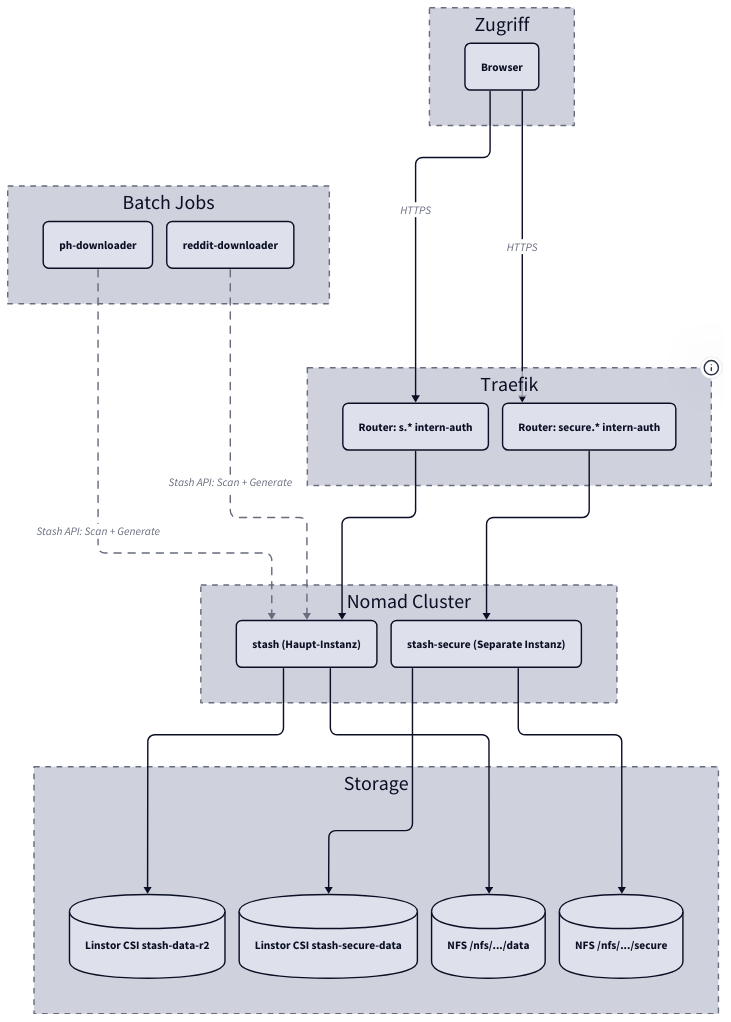
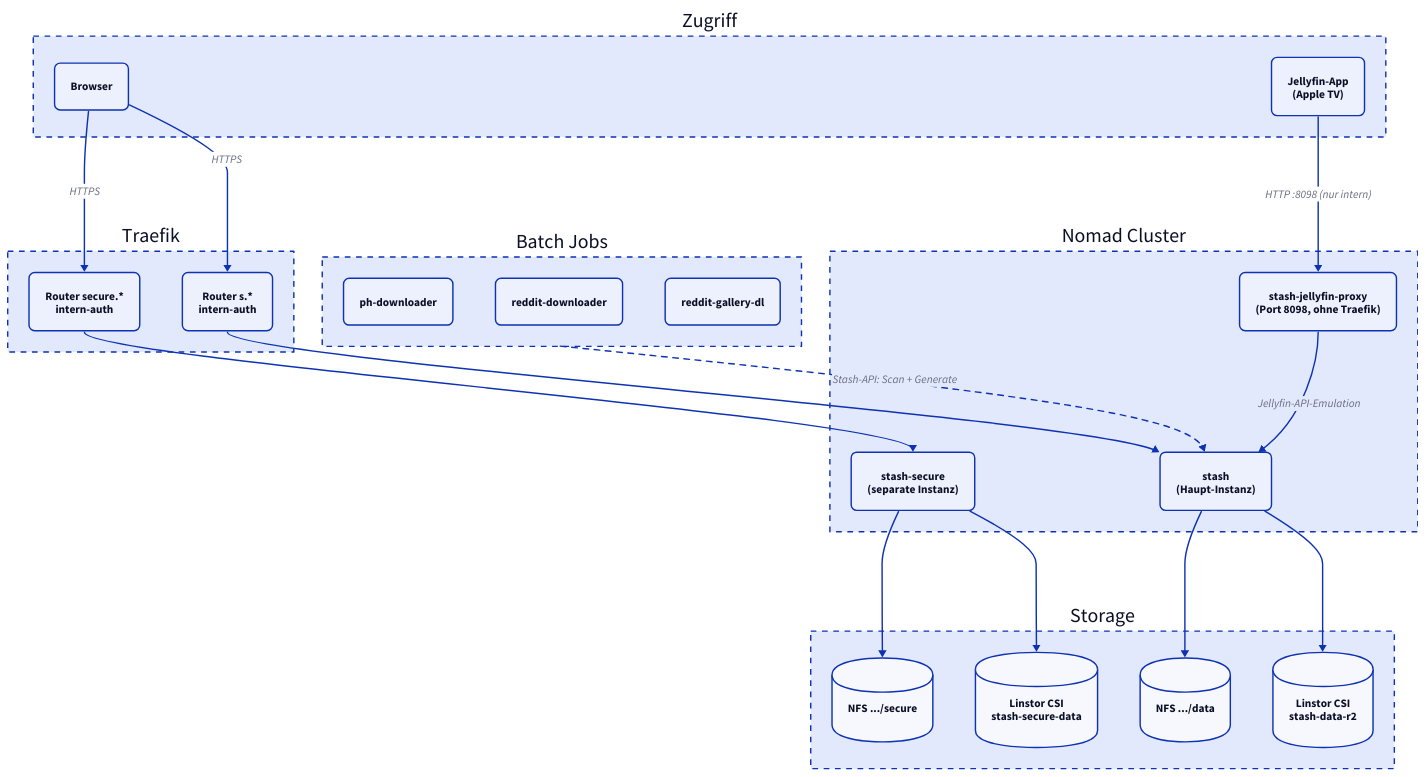
Before and after one commit to derever-labs/homelab-wiki: the diagram in docs/stash/index.md, drawn with D2. The commit also changed 11 other files, not shown here.

First line of the commit message:
docs(apps): Diagramme fuer TALA ueberarbeiten (Batch B5) (#101)

````diff
--- a/docs/stash/index.md
+++ b/docs/stash/index.md
@@ -47,52 +47,49 @@
 ```d2
-vars: {
-  d2-config: {
-    theme-id: 1
-    layout-engine: elk
-  }
-}
 direction: down
 
 Clients: Zugriff {
   style.stroke-dash: 4
   Browser: Browser { style.border-radius: 8 }
+  ATV: "Jellyfin-App\n(Apple TV)" { style.border-radius: 8 }
 }
 
 Traefik: Traefik {
   style.stroke-dash: 4
-  tooltip: "10.0.2.20"
-  R1: "Router: s.* intern-auth" { style.border-radius: 8 }
-  R2: "Router: secure.* intern-auth" { style.border-radius: 8 }
+  R1: "Router s.*\nintern-auth" { style.border-radius: 8 }
+  R2: "Router secure.*\nintern-auth" { style.border-radius: 8 }
 }
 
 Nomad: Nomad Cluster {
   style.stroke-dash: 4
-  S1: "stash (Haupt-Instanz)" { style.border-radius: 8 }
-  S2: "stash-secure (Separate Instanz)" { style.border-radius: 8 }
+  S1: "stash\n(Haupt-Instanz)" { style.border-radius: 8 }
+  S2: "stash-secure\n(separate Instanz)" { style.border-radius: 8 }
+  PROXY: "stash-jellyfin-proxy\n(Port 8098, ohne Traefik)" { style.border-radius: 8 }
 }
 
 Storage: Storage {
   style.stroke-dash: 4
-  LCSI: "Linstor CSI stash-data-r2" { shape: cylinder }
-  LCSI2: "Linstor CSI stash-secure-data" { shape: cylinder }
-  NFS1: "NFS /nfs/.../data" { shape: cylinder }
-  NFS2: "NFS /nfs/.../secure" { shape: cylinder }
+  LCSI: "Linstor CSI\nstash-data-r2" { shape: cylinder }
+  LCSI2: "Linstor CSI\nstash-secure-data" { shape: cylinder }
+  NFS1: "NFS .../data" { shape: cylinder }
+  NFS2: "NFS .../secure" { shape: cylinder }
 }
 
 Batch: Batch Jobs {
   style.stroke-dash: 4
   PH: ph-downloader { style.border-radius: 8 }
   RD: reddit-downloader { style.border-radius: 8 }
+  GDL: reddit-gallery-dl { style.border-radius: 8 }
 }
 
 Clients.Browser -> Traefik.R1: HTTPS
 Clients.Browser -> Traefik.R2: HTTPS
+Clients.ATV -> Nomad.PROXY: "HTTP :8098 (nur intern)"
 Traefik.R1 -> Nomad.S1
 Traefik.R2 -> Nomad.S2
+Nomad.PROXY -> Nomad.S1: Jellyfin-API-Emulation
 Nomad.S1 -> Storage.LCSI
 Nomad.S1 -> Storage.NFS1
 Nomad.S2 -> Storage.LCSI2
 Nomad.S2 -> Storage.NFS2
-Batch.PH -> Nomad.S1: "Stash API: Scan + Generate" { style.stroke-dash: 5 }
-Batch.RD -> Nomad.S1: "Stash API: Scan + Generate" { style.stroke-dash: 5 }
+Batch -> Nomad.S1: "Stash-API: Scan + Generate" { style.stroke-dash: 4 }
 ```
````
